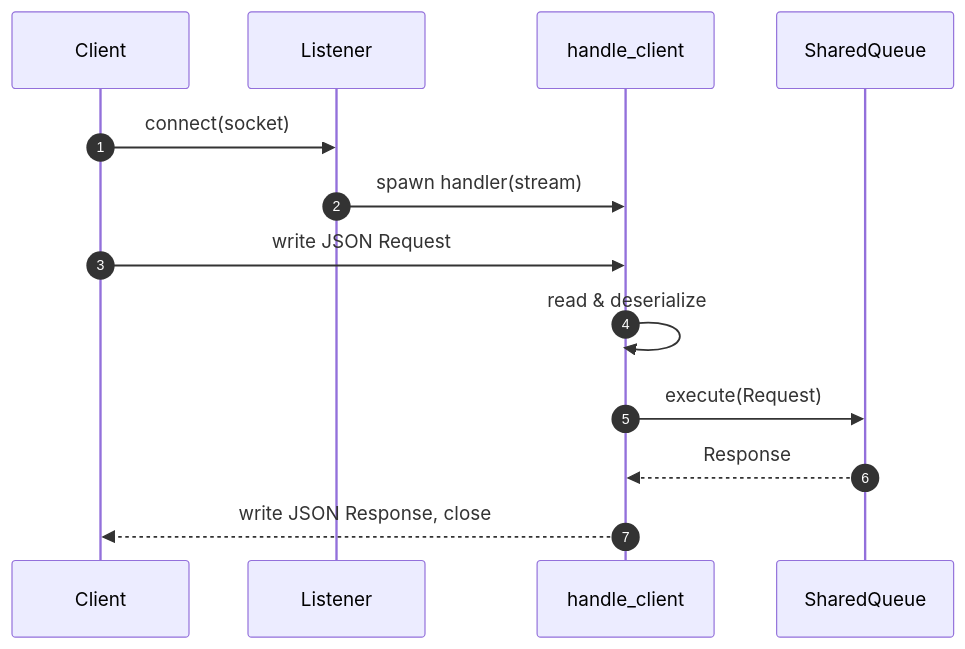
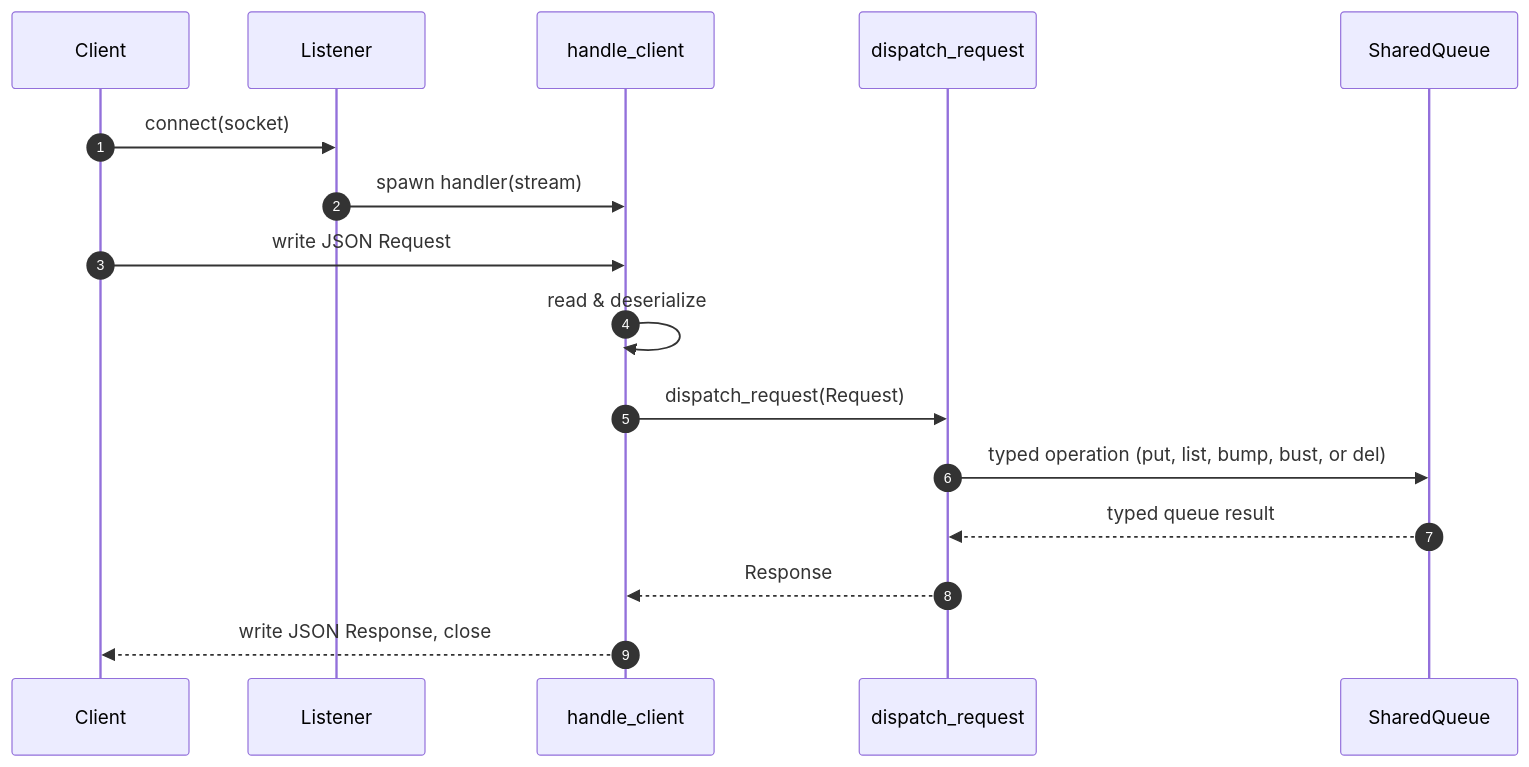
Before and after one commit to leynos/comenq: the second of 3 diagrams in docs/comenq-design.md, drawn with Mermaid. The commit also changed other lines of this file and 13 other files, not shown here.

````diff
--- a/docs/comenq-design.md
+++ b/docs/comenq-design.md
@@ -620,16 +625,19 @@
 ```mermaid
 sequenceDiagram
   autonumber
   participant Client as Client
   participant L as Listener
   participant H as handle_client
+  participant A as dispatch_request
   participant Q as SharedQueue
 
   Client->>L: connect(socket)
   L->>H: spawn handler(stream)
   Client->>H: write JSON Request
   H->>H: read & deserialize
-  H->>Q: execute(Request)
-  Q-->>H: Response
+  H->>A: dispatch_request(Request)
+  A->>Q: typed operation (put, list, bump, bust, or del)
+  Q-->>A: typed queue result
+  A-->>H: Response
   H-->>Client: write JSON Response, close
 ```
````
